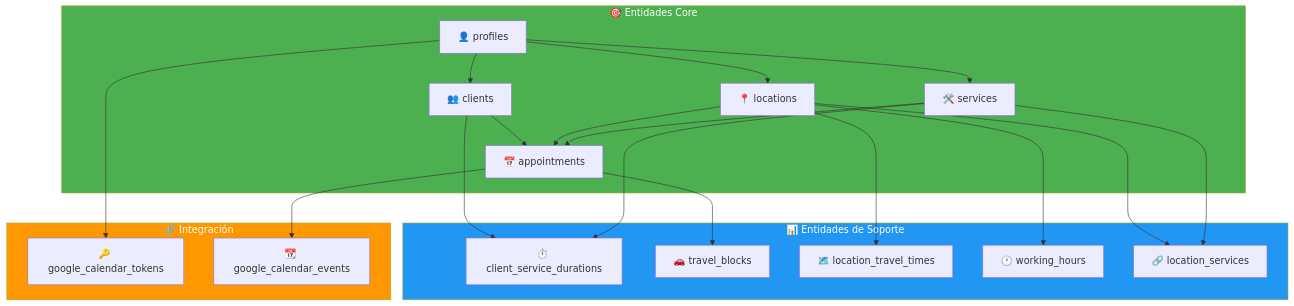
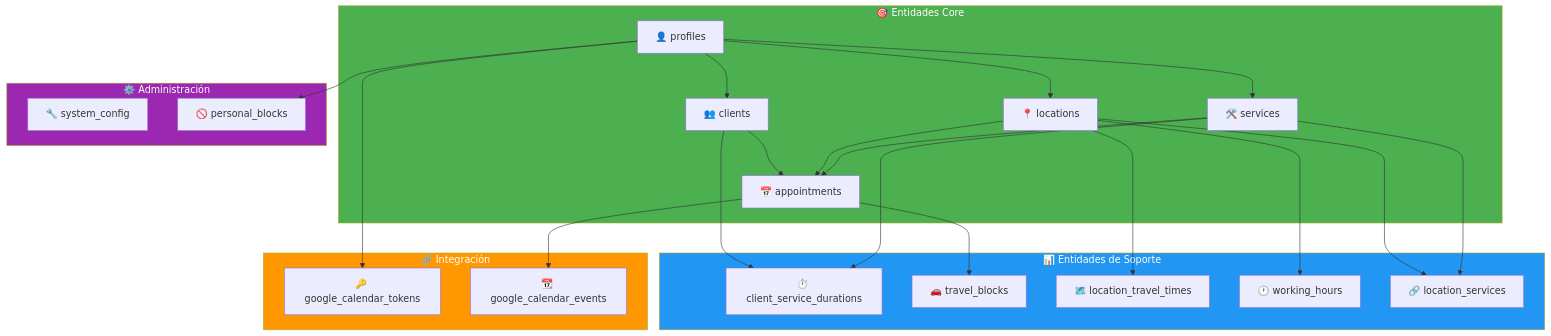
One commit to rcontreras1337/TimeFlowPro changed the second of 5 diagrams in Documentacion/3-ModeloDatos.md. Above: the diagram before and after it, drawn with Mermaid. The commit also changed other lines of this file and 3 other files, not shown here.

````diff
--- a/Documentacion/3-ModeloDatos.md
+++ b/Documentacion/3-ModeloDatos.md
@@ -204,45 +232,52 @@
 ```mermaid
 flowchart TB
     subgraph Core["🎯 Entidades Core"]
         P["👤 profiles"]
         C["👥 clients"]
         L["📍 locations"]
         S["🛠️ services"]
         A["📅 appointments"]
     end
 
     subgraph Support["📊 Entidades de Soporte"]
         CSD["⏱️ client_service_durations"]
         TB["🚗 travel_blocks"]
         LTT["🗺️ location_travel_times"]
         WH["🕐 working_hours"]
         LS["🔗 location_services"]
     end
 
     subgraph Integration["🔗 Integración"]
         GCT["🔑 google_calendar_tokens"]
         GCE["📆 google_calendar_events"]
     end
 
+    subgraph Admin["⚙️ Administración"]
+        SC["🔧 system_config"]
+        PB["🚫 personal_blocks"]
+    end
+
     P --> C
     P --> L
     P --> S
     C --> A
     L --> A
     S --> A
     
     C --> CSD
     S --> CSD
     A --> TB
     L --> LTT
     L --> WH
     L --> LS
     S --> LS
     
     P --> GCT
     A --> GCE
+    P --> PB
 
     style Core fill:#4CAF50,color:#fff
     style Support fill:#2196F3,color:#fff
     style Integration fill:#FF9800,color:#fff
+    style Admin fill:#9C27B0,color:#fff
 ```
````
